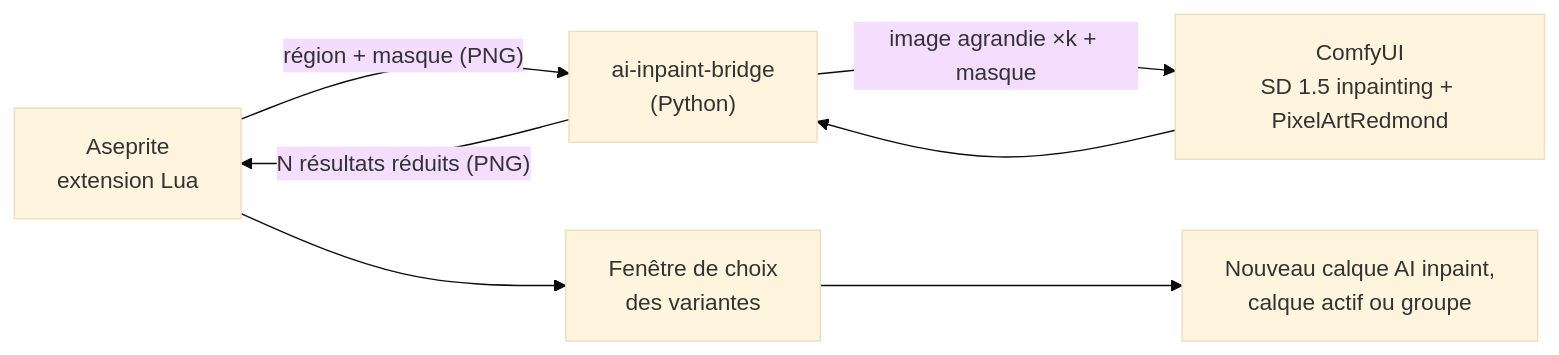
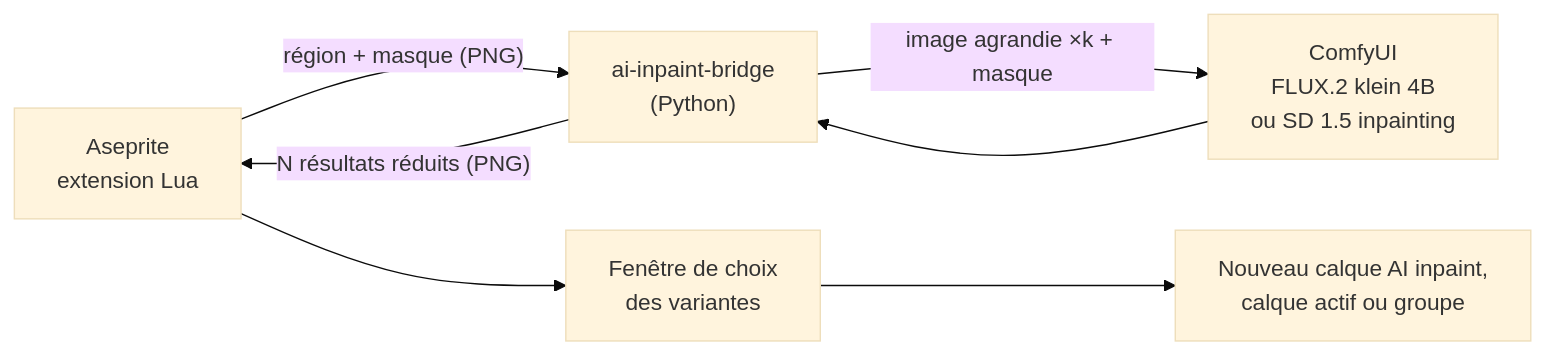
Before and after one commit to Sarcouy/aseprite-ai-plugin: the diagram in README.md, drawn with Mermaid (base theme). The commit also changed other lines of this file and 12 other files, not shown here.

First line of the commit message:
feat: FLUX.2 klein 4B comme modèle de retouche par défaut

````diff
--- a/README.md
+++ b/README.md
@@ -9,9 +9,9 @@
 ```mermaid
 flowchart LR
     A["Aseprite<br/>extension Lua"] -->|"région + masque (PNG)"| B["ai-inpaint-bridge<br/>(Python)"]
-    B -->|"image agrandie ×k + masque"| C["ComfyUI<br/>SD 1.5 inpainting + PixelArtRedmond"]
+    B -->|"image agrandie ×k + masque"| C["ComfyUI<br/>FLUX.2 klein 4B<br/>ou SD 1.5 inpainting"]
     C --> B
     B -->|"N résultats réduits (PNG)"| A
     A --> E["Fenêtre de choix<br/>des variantes"]
     E --> D["Nouveau calque AI inpaint,<br/>calque actif ou groupe"]
 ```
````
